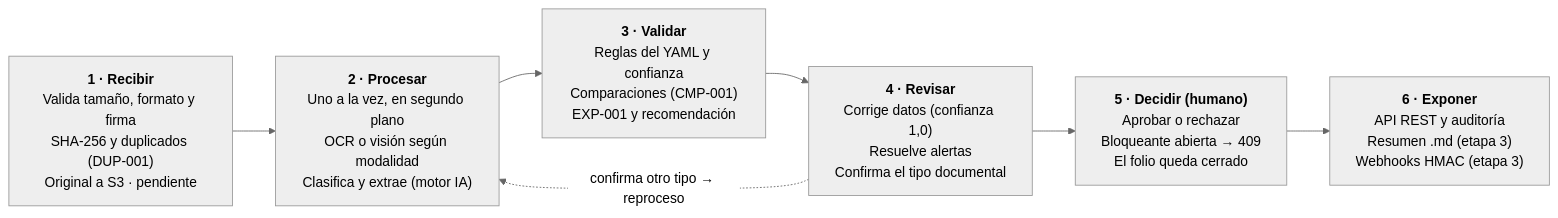
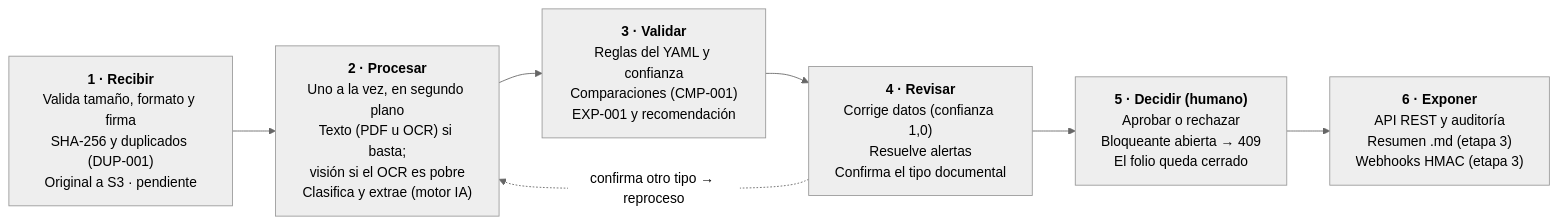
One commit to SantiagoEspinosa-ai/Gestor_Documental changed the fourth of 4 diagrams in docs/arquitectura_solucion.md. Above: the diagram before and after it, drawn with Mermaid (neutral theme). The commit also changed other lines of this file, not shown here.

````diff
--- a/docs/arquitectura_solucion.md
+++ b/docs/arquitectura_solucion.md
@@ -134,12 +143,12 @@
 ```mermaid
 flowchart LR
     recibir["<b>1 · Recibir</b><br/>Valida tamaño, formato y firma<br/>SHA-256 y duplicados (DUP-001)<br/>Original a S3 · pendiente"]
-    procesar["<b>2 · Procesar</b><br/>Uno a la vez, en segundo plano<br/>OCR o visión según modalidad<br/>Clasifica y extrae (motor IA)"]
+    procesar["<b>2 · Procesar</b><br/>Uno a la vez, en segundo plano<br/>Texto (PDF u OCR) si basta;<br/>visión si el OCR es pobre<br/>Clasifica y extrae (motor IA)"]
     validar["<b>3 · Validar</b><br/>Reglas del YAML y confianza<br/>Comparaciones (CMP-001)<br/>EXP-001 y recomendación"]
     revisar["<b>4 · Revisar</b><br/>Corrige datos (confianza 1,0)<br/>Resuelve alertas<br/>Confirma el tipo documental"]
     decidir["<b>5 · Decidir (humano)</b><br/>Aprobar o rechazar<br/>Bloqueante abierta → 409<br/>El folio queda cerrado"]
     exponer["<b>6 · Exponer</b><br/>API REST y auditoría<br/>Resumen .md (etapa 3)<br/>Webhooks HMAC (etapa 3)"]
 
     recibir --> procesar --> validar --> revisar --> decidir --> exponer
     revisar -. "confirma otro tipo → reproceso" .-> procesar
 ```
````
